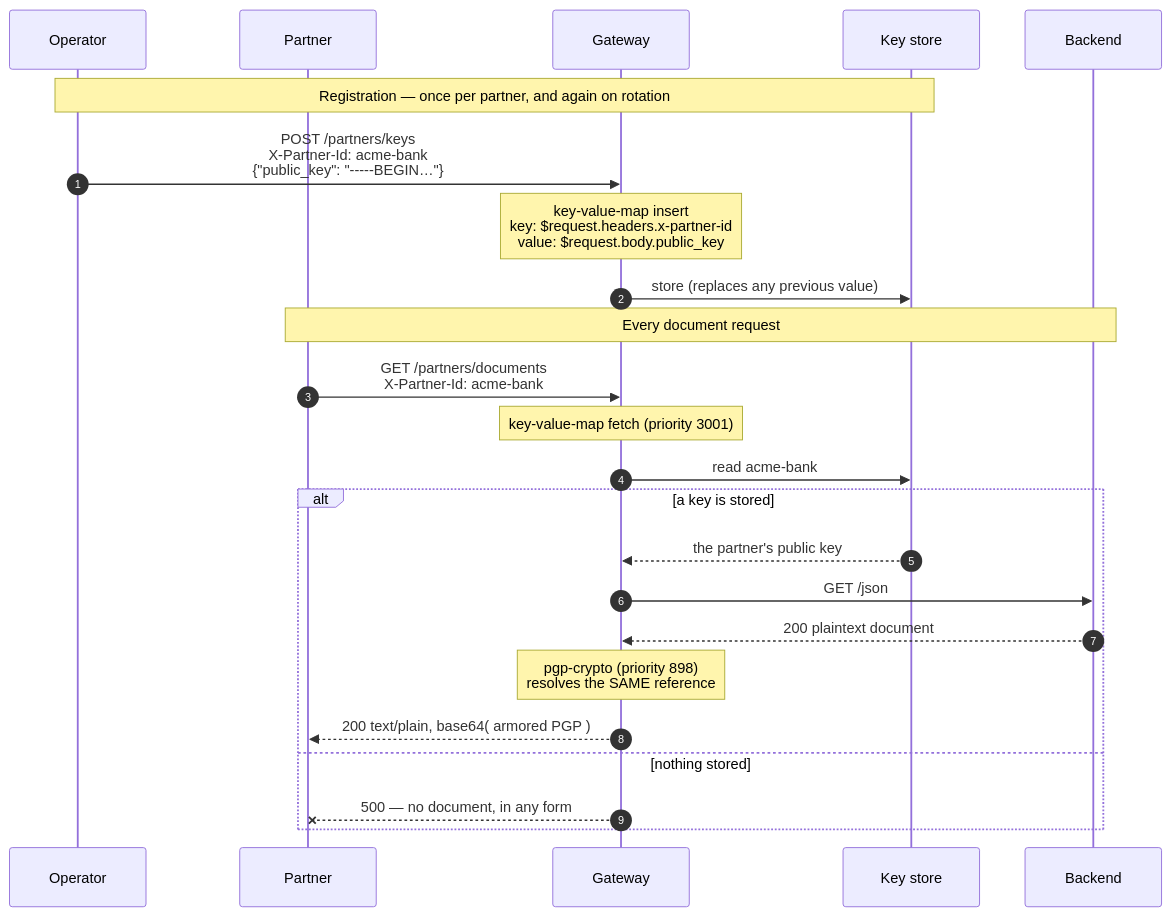
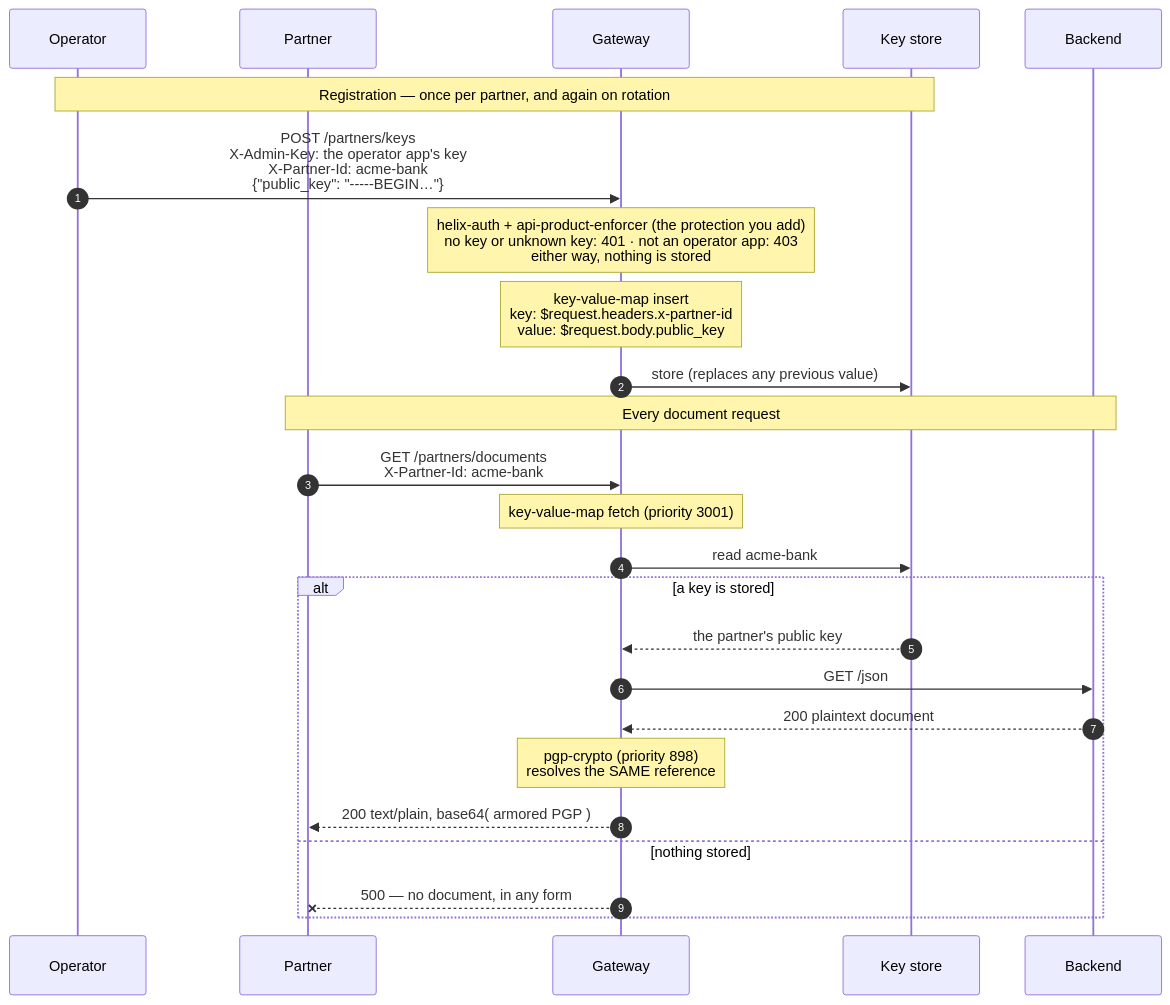
One commit to digitalapicraft/api-gateway-solutions changed the diagram in solutions/14-per-partner-pgp-keys/architecture.md. Above: the diagram before and after it, drawn with Mermaid. The commit also changed other lines of this file and 38 other files, not shown here.

````diff
--- a/solutions/14-per-partner-pgp-keys/architecture.md
+++ b/solutions/14-per-partner-pgp-keys/architecture.md
@@ -37,28 +41,29 @@
 ```mermaid
 sequenceDiagram
     autonumber
     participant OP as Operator
     participant P as Partner
     participant GW as Gateway
     participant KV as Key store
     participant UP as Backend
 
     Note over OP,KV: Registration — once per partner, and again on rotation
-    OP->>GW: POST /partners/keys<br/>X-Partner-Id: acme-bank<br/>{"public_key": "-----BEGIN…"}
+    OP->>GW: POST /partners/keys<br/>X-Admin-Key: the operator app's key<br/>X-Partner-Id: acme-bank<br/>{"public_key": "-----BEGIN…"}
+    Note over GW: helix-auth + api-product-enforcer (the protection you add)<br/>no key or unknown key: 401 · not an operator app: 403<br/>either way, nothing is stored
     Note over GW: key-value-map insert<br/>key: $request.headers.x-partner-id<br/>value: $request.body.public_key
     GW->>KV: store (replaces any previous value)
 
     Note over P,UP: Every document request
     P->>GW: GET /partners/documents<br/>X-Partner-Id: acme-bank
     Note over GW: key-value-map fetch (priority 3001)
     GW->>KV: read acme-bank
     alt a key is stored
         KV-->>GW: the partner's public key
         GW->>UP: GET /json
         UP-->>GW: 200 plaintext document
         Note over GW: pgp-crypto (priority 898)<br/>resolves the SAME reference
         GW-->>P: 200 text/plain, base64( armored PGP )
     else nothing stored
         GW--xP: 500 — no document, in any form
     end
 ```
````
